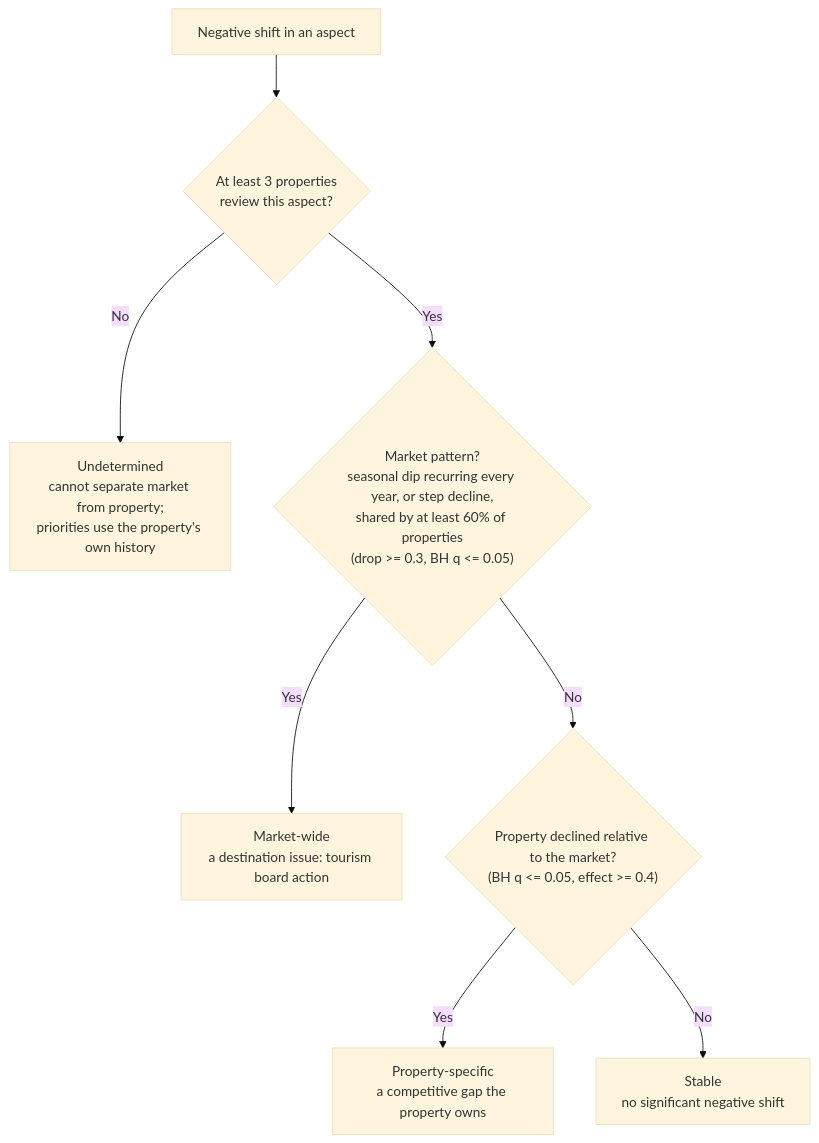
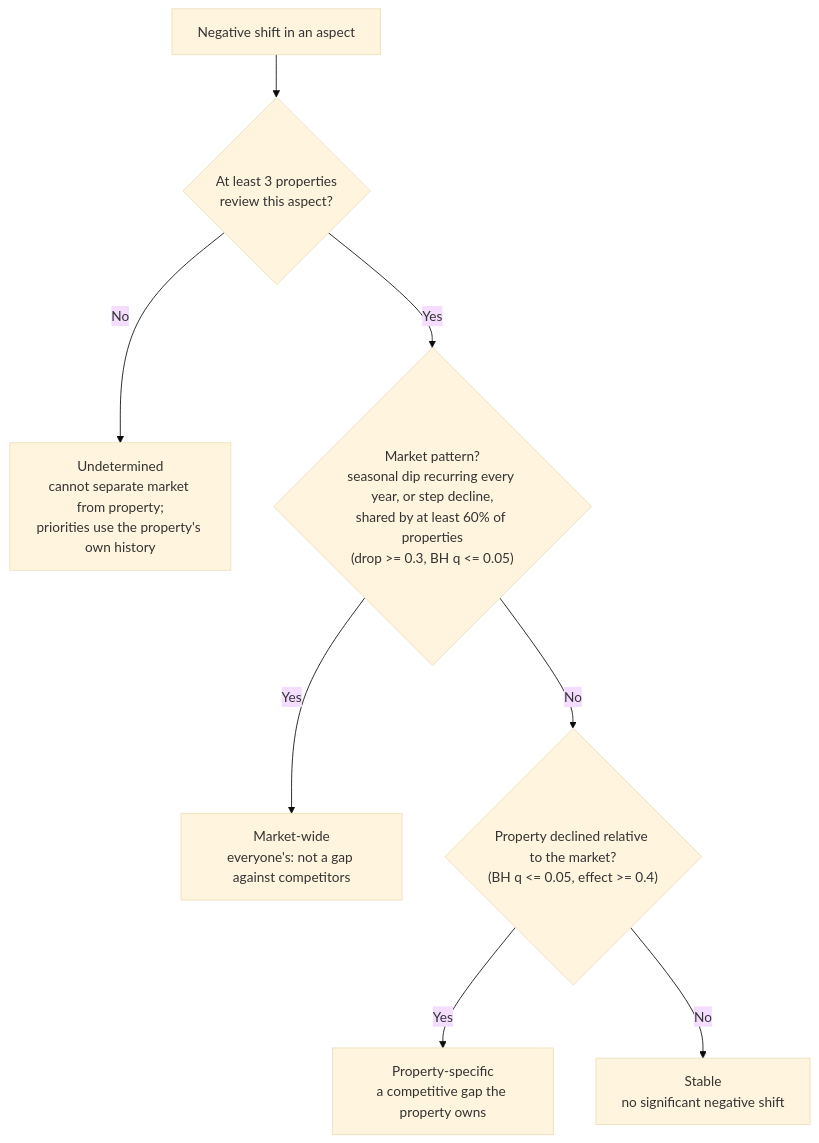
The seventh of 10 diagrams in README.md (AnubhavKiroula/cluster-review-intelligence), drawn with Mermaid (base theme) before and after one commit. The commit also changed other lines of this file and 5 other files, not shown here.

````diff
--- a/README.md
+++ b/README.md
@@ -278,10 +263,10 @@
 ```mermaid
 flowchart TD
     N["Negative shift in an aspect"] --> P{"At least 3 properties<br/>review this aspect?"}
     P -- No --> UD["Undetermined<br/>cannot separate market from property;<br/>priorities use the property's own history"]
     P -- Yes --> M{"Market pattern?<br/>seasonal dip recurring every year, or step decline,<br/>shared by at least 60% of properties<br/>(drop >= 0.3, BH q <= 0.05)"}
-    M -- Yes --> MW["Market-wide<br/>a destination issue: tourism board action"]
+    M -- Yes --> MW["Market-wide<br/>everyone's: not a gap against competitors"]
     M -- No --> C{"Property declined relative to the market?<br/>(BH q <= 0.05, effect >= 0.4)"}
     C -- Yes --> PS["Property-specific<br/>a competitive gap the property owns"]
     C -- No --> ST["Stable<br/>no significant negative shift"]
 ```
````
